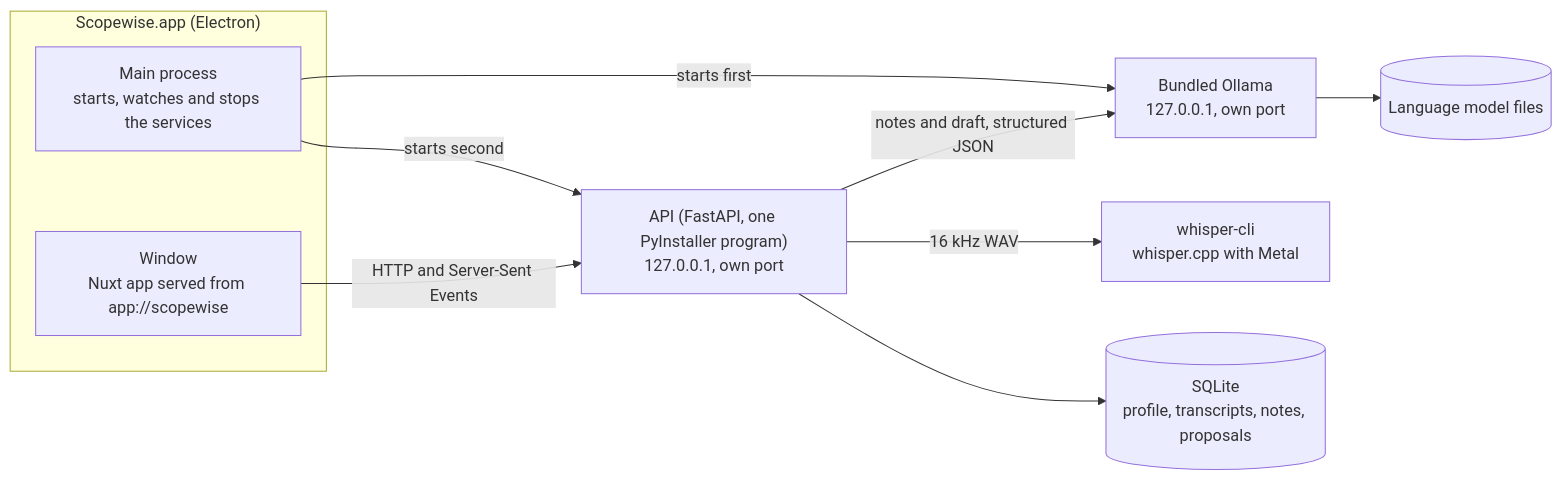
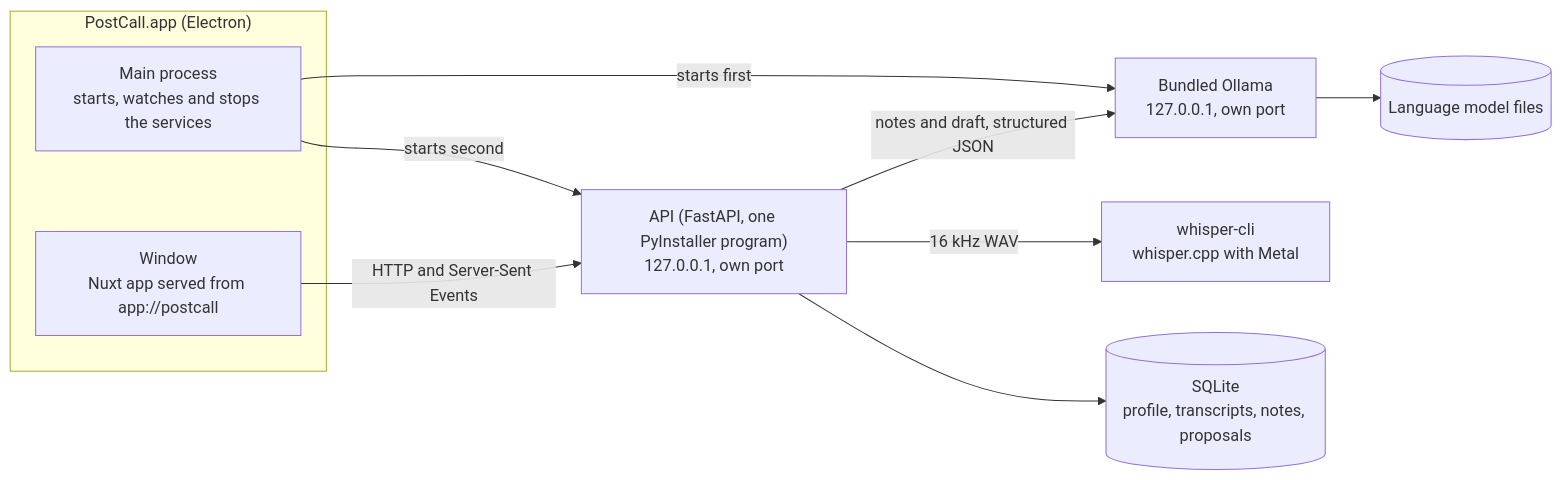
Before and after one commit to RZEROSTERN/hacktoberfest-week3: the diagram in README.md, drawn with Mermaid. The commit also changed other lines of this file and 43 other files, not shown here.

First line of the commit message:
refactor: rename the app to PostCall and set the package id to mx.dev1.postcall

````diff
--- a/README.md
+++ b/README.md
@@ -121,14 +121,14 @@
 ```mermaid
 flowchart LR
-  subgraph app["Scopewise.app (Electron)"]
+  subgraph app["PostCall.app (Electron)"]
     shell["Main process<br/>starts, watches and stops the services"]
-    window["Window<br/>Nuxt app served from app://scopewise"]
+    window["Window<br/>Nuxt app served from app://postcall"]
   end
   shell -->|"starts first"| ollama["Bundled Ollama<br/>127.0.0.1, own port"]
   shell -->|"starts second"| api["API (FastAPI, one PyInstaller program)<br/>127.0.0.1, own port"]
   window -->|"HTTP and Server-Sent Events"| api
   api -->|"16 kHz WAV"| whisper["whisper-cli<br/>whisper.cpp with Metal"]
   api -->|"notes and draft, structured JSON"| ollama
   api --> db[("SQLite<br/>profile, transcripts, notes, proposals")]
   ollama --> models[("Language model files")]
 ```
````
